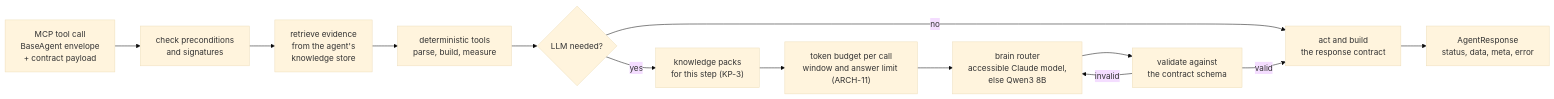
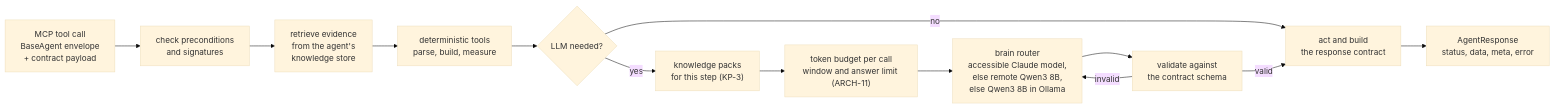
One commit to bharatd03/Unittest changed the fifth of 12 diagrams in Docs/ORCHESTRATION.md. Above: the diagram before and after it, drawn with Mermaid (base theme). The commit also changed other lines of this file and 12 other files, not shown here.

Commit message:
BaseAgent: Qwen on the remote server before the local Ollama (qwen_remote); key only in QWEN_REMOTE_API_KEY

````diff
--- a/Docs/ORCHESTRATION.md
+++ b/Docs/ORCHESTRATION.md
@@ -194,15 +194,15 @@
 ```mermaid
 flowchart LR
     req["MCP tool call<br/>BaseAgent envelope<br/>+ contract payload"] --> pre["check preconditions<br/>and signatures"]
     pre --> retrieve["retrieve evidence<br/>from the agent's<br/>knowledge store"]
     retrieve --> det["deterministic tools<br/>parse, build, measure"]
     det --> need{"LLM needed?"}
     need -- no --> act
     need -- yes --> packs["knowledge packs<br/>for this step (KP-3)"]
     packs --> budget["token budget per call<br/>window and answer limit (ARCH-11)"]
-    budget --> brain["brain router<br/>accessible Claude model,<br/>else Qwen3 8B"]
+    budget --> brain["brain router<br/>accessible Claude model,<br/>else remote Qwen3 8B,<br/>else Qwen3 8B in Ollama"]
     brain --> check["validate against<br/>the contract schema"]
     check -- invalid --> brain
     check -- valid --> act["act and build<br/>the response contract"]
     act --> resp["AgentResponse<br/>status, data, meta, error"]
 ```
````
